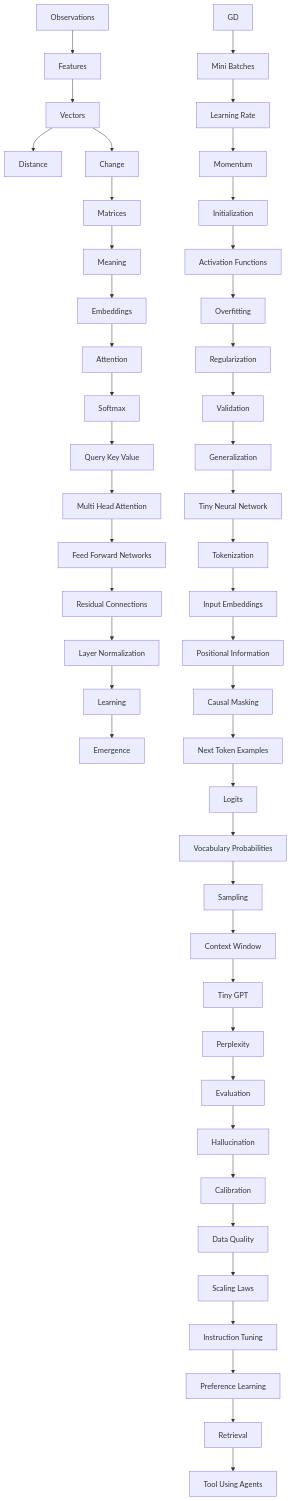
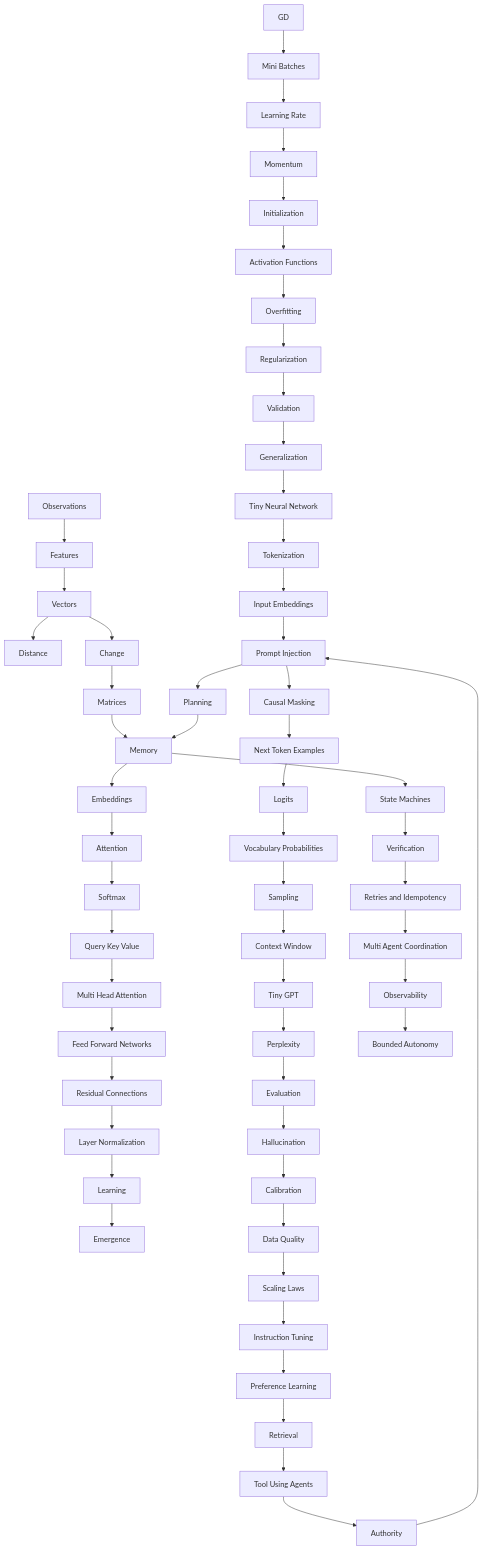
The diagram in DEPENDENCY_GRAPH.md (kleem-labs/AI-Archaeology), drawn with Mermaid before and after one commit. The commit also changed 110 other files, not shown here.

```diff
--- a/DEPENDENCY_GRAPH.md
+++ b/DEPENDENCY_GRAPH.md
@@ -3,18 +3,21 @@
 ~~~mermaid
 flowchart TD
  O[Observations] --> F[Features] --> V[Vectors] --> D[Distance]
  V --> C[Change] --> M[Matrices] --> ME[Meaning] --> E[Embeddings]
  E --> A[Attention] --> S[Softmax] --> Q[Query Key Value]
  Q --> H[Multi Head Attention] --> N[Feed Forward Networks]
  N --> R[Residual Connections] --> L[Layer Normalization]
  L --> T[Learning] --> EM[Emergence]
  GD --> MB[Mini Batches] --> LR[Learning Rate] --> MO[Momentum]
  MO --> IN[Initialization] --> AF[Activation Functions] --> OV[Overfitting]
  OV --> RE[Regularization] --> VA[Validation] --> GE[Generalization]
  GE --> TN[Tiny Neural Network] --> TO[Tokenization] --> IE[Input Embeddings] --> PI[Positional Information]
  PI --> CM[Causal Masking] --> NT[Next Token Examples] --> LO[Logits]
  LO --> VP[Vocabulary Probabilities] --> SA[Sampling] --> CW[Context Window] --> GPT[Tiny GPT] --> PE[Perplexity]
  PE --> EV[Evaluation] --> HA[Hallucination] --> CA[Calibration]
  CA --> DQ[Data Quality] --> SL[Scaling Laws] --> IT[Instruction Tuning]
- IT --> PL[Preference Learning] --> RAG[Retrieval] --> AG[Tool Using Agents]
+ IT --> PL[Preference Learning] --> RAG[Retrieval] --> AG[Tool Using Agents] --> AU[Authority]
+ AU --> PI[Prompt Injection] --> PN[Planning] --> ME[Memory]
+ ME --> ST[State Machines] --> VE[Verification] --> RI[Retries and Idempotency]
+ RI --> MA[Multi Agent Coordination] --> OB[Observability] --> BA[Bounded Autonomy]
 ~~~
```
